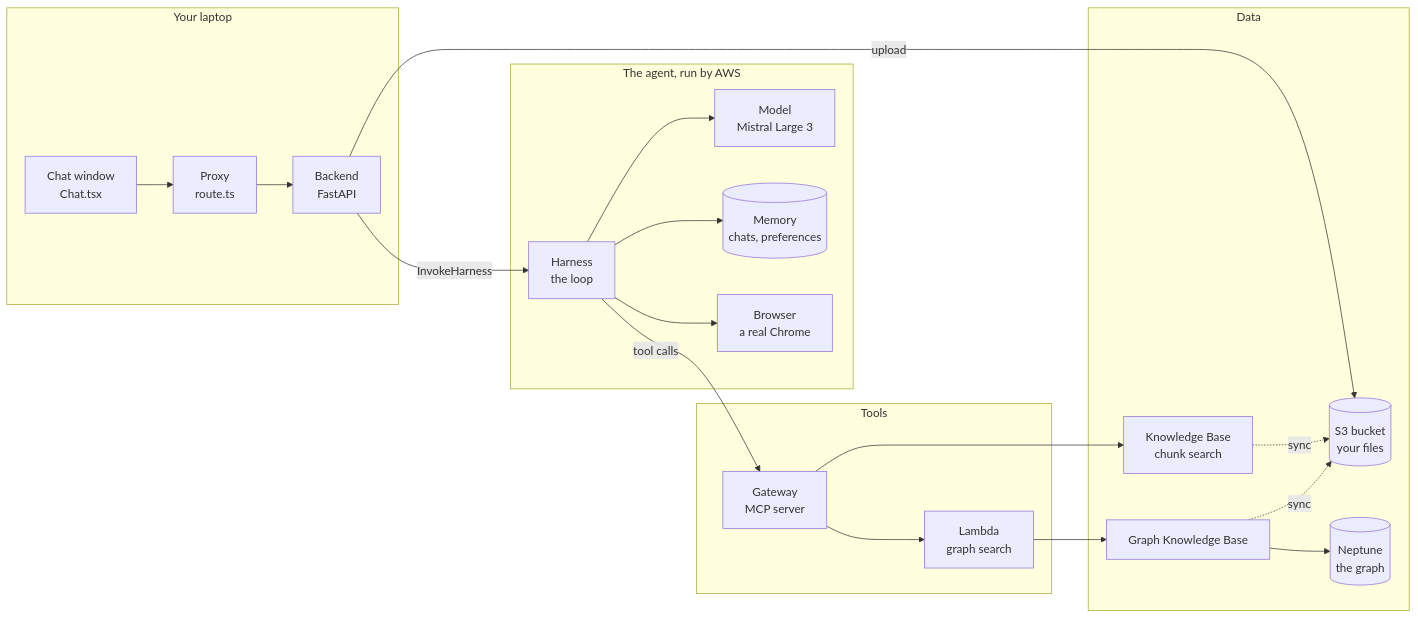
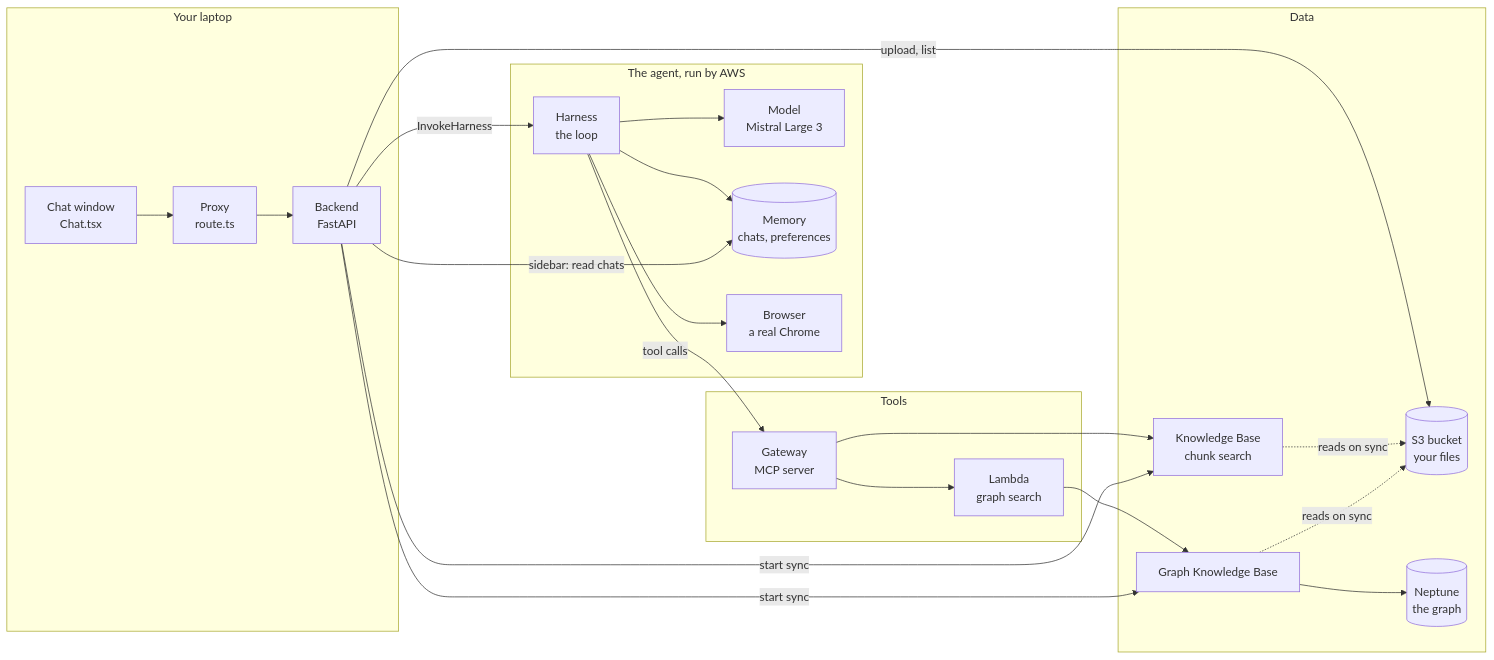
The first of 4 diagrams in docs/course/README.md (yashzord/Docs_Copilot), drawn with Mermaid before and after one commit. The commit also changed other lines of this file and 1 other file, not shown here.

Commit message:
docs: three diagrams for three audiences (business four-box, three journeys, corrected system sheet)

````diff
--- a/docs/course/README.md
+++ b/docs/course/README.md
@@ -70,26 +71,29 @@
 ```mermaid
 flowchart LR
     subgraph L[Your laptop]
-        B[Chat window<br/>Chat.tsx] --> P[Proxy<br/>route.ts] --> F[Backend<br/>FastAPI]
+        B["Chat window<br/>Chat.tsx"] --> P["Proxy<br/>route.ts"] --> F["Backend<br/>FastAPI"]
     end
     subgraph A[The agent, run by AWS]
-        H[Harness<br/>the loop] --> M[Model<br/>Mistral Large 3]
-        H --> Me[(Memory<br/>chats, preferences)]
-        H --> W[Browser<br/>a real Chrome]
+        H["Harness<br/>the loop"] --> M["Model<br/>Mistral Large 3"]
+        H --> Me[("Memory<br/>chats, preferences")]
+        H --> W["Browser<br/>a real Chrome"]
     end
     subgraph T[Tools]
-        G[Gateway<br/>MCP server] --> La[Lambda<br/>graph search]
+        G["Gateway<br/>MCP server"] --> La["Lambda<br/>graph search"]
     end
     subgraph D[Data]
-        S[(S3 bucket<br/>your files)]
-        K[Knowledge Base<br/>chunk search]
-        GK[Graph Knowledge Base] --> N[(Neptune<br/>the graph)]
+        S[("S3 bucket<br/>your files")]
+        K["Knowledge Base<br/>chunk search"]
+        GK["Graph Knowledge Base"] --> N[("Neptune<br/>the graph")]
     end
     F -->|InvokeHarness| H
     H -->|tool calls| G
     G --> K
     La --> GK
-    F -->|upload| S
-    K -.sync.-> S
-    GK -.sync.-> S
+    F -->|upload, list| S
+    F -->|sidebar: read chats| Me
+    F -->|start sync| K
+    F -->|start sync| GK
+    K -.->|reads on sync| S
+    GK -.->|reads on sync| S
 ```
````
